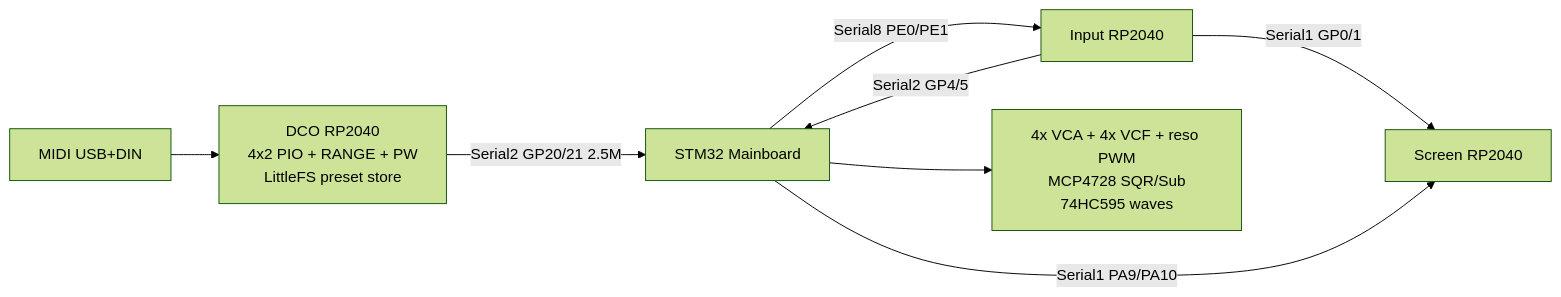
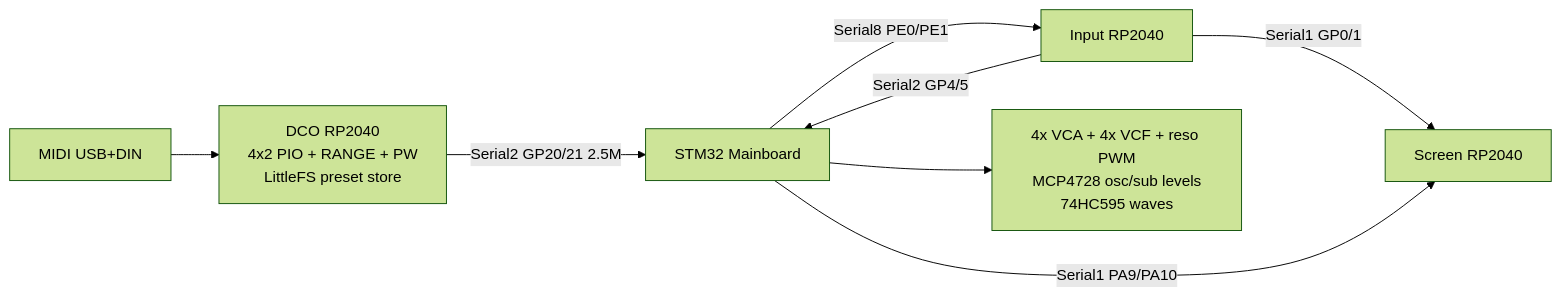
Before and after one commit to felipegaspari/DCO4-REBORN-MAINBOARD-CONTROLLER: the diagram in docs/MAINBOARD_REINTEGRATION.md, drawn with Mermaid (forest theme). The commit also changed other lines of this file and 24 other files, not shown here.

````diff
--- a/docs/MAINBOARD_REINTEGRATION.md
+++ b/docs/MAINBOARD_REINTEGRATION.md
@@ -11,10 +11,10 @@
 ```mermaid
 flowchart LR
   MIDI["MIDI USB+DIN"] --> DCO["DCO RP2040\n4x2 PIO + RANGE + PW\nLittleFS preset store"]
   DCO -->|"Serial2 GP20/21 2.5M"| MB["STM32 Mainboard"]
   Input["Input RP2040"] -->|"Serial2 GP4/5"| MB
   Input -->|"Serial1 GP0/1"| Screen["Screen RP2040"]
   MB -->|"Serial1 PA9/PA10"| Screen
   MB -->|"Serial8 PE0/PE1"| Input
-  MB --> Analog["4x VCA + 4x VCF + reso PWM\nMCP4728 SQR/Sub\n74HC595 waves"]
+  MB --> Analog["4x VCA + 4x VCF + reso PWM\nMCP4728 osc/sub levels\n74HC595 waves"]
 ```
````
